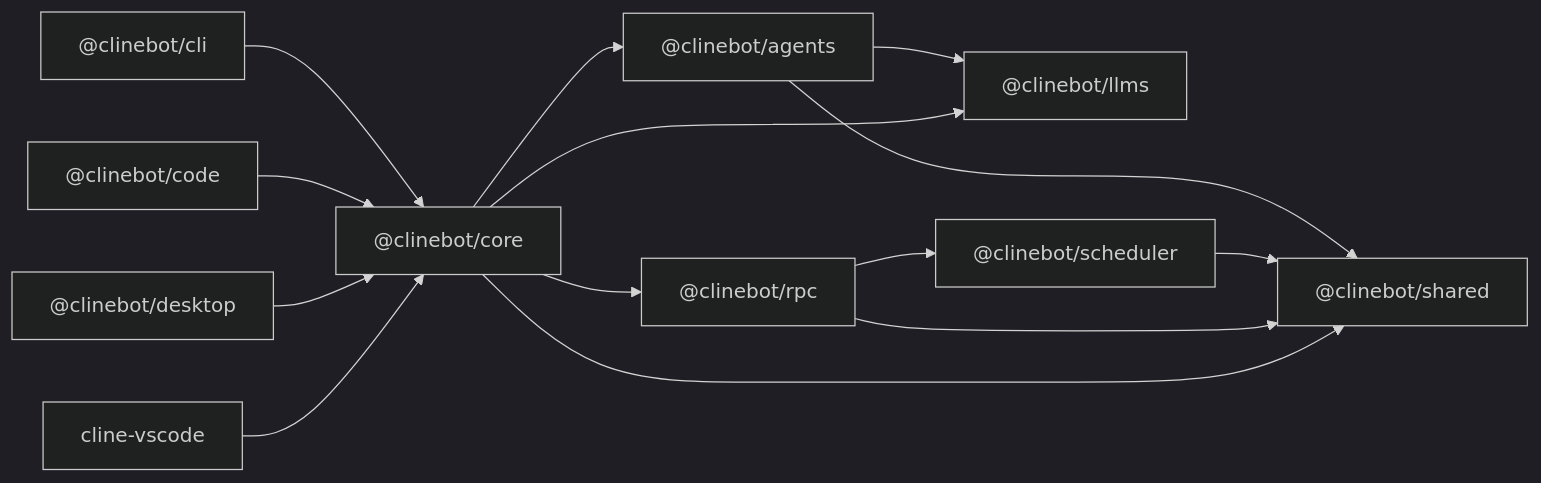
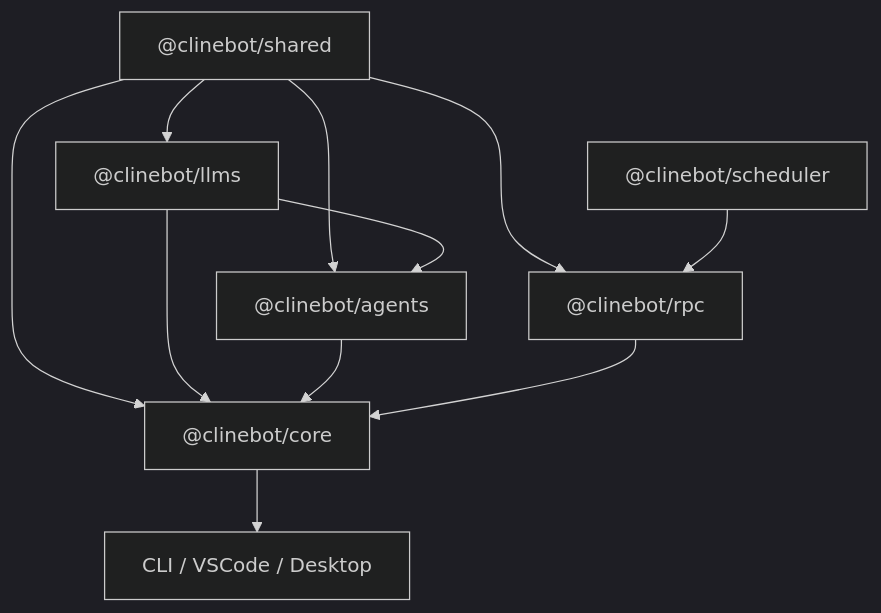
The diagram in sdk/AGENTS.md (Dastan-Prince/cline-cn), drawn with Mermaid (dark theme) before and after one commit. The commit also changed other lines of this file and 22 other files, not shown here.

````diff
--- a/sdk/AGENTS.md
+++ b/sdk/AGENTS.md
@@ -37,27 +24,9 @@
 ```mermaid
-flowchart LR
-  shared["@clinebot/shared"]
-  llms["@clinebot/llms"]
-  scheduler["@clinebot/scheduler"]
-  agents["@clinebot/agents"]
-  rpc["@clinebot/rpc"]
-  core["@clinebot/core"]
-  cli["@clinebot/cli"]
-  code["@clinebot/code"]
-  desktop["@clinebot/desktop"]
-  vscode["cline-vscode"]
-
-  agents --> llms
-  agents --> shared
-  scheduler --> shared
-  rpc --> scheduler
-  rpc --> shared
-  core --> agents
-  core --> llms
-  core --> rpc
-  core --> shared
-  cli --> core
-  code --> core
-  desktop --> core
-  vscode --> core
+flowchart TD
+  shared["@clinebot/shared"] --> llms["@clinebot/llms"] & agents["@clinebot/agents"] & rpc["@clinebot/rpc"] & core["@clinebot/core"]
+  llms --> agents & core
+  scheduler["@clinebot/scheduler"] --> rpc
+  agents --> core
+  rpc --> core
+  core --> apps["CLI / VSCode / Desktop"]
 ```
````
